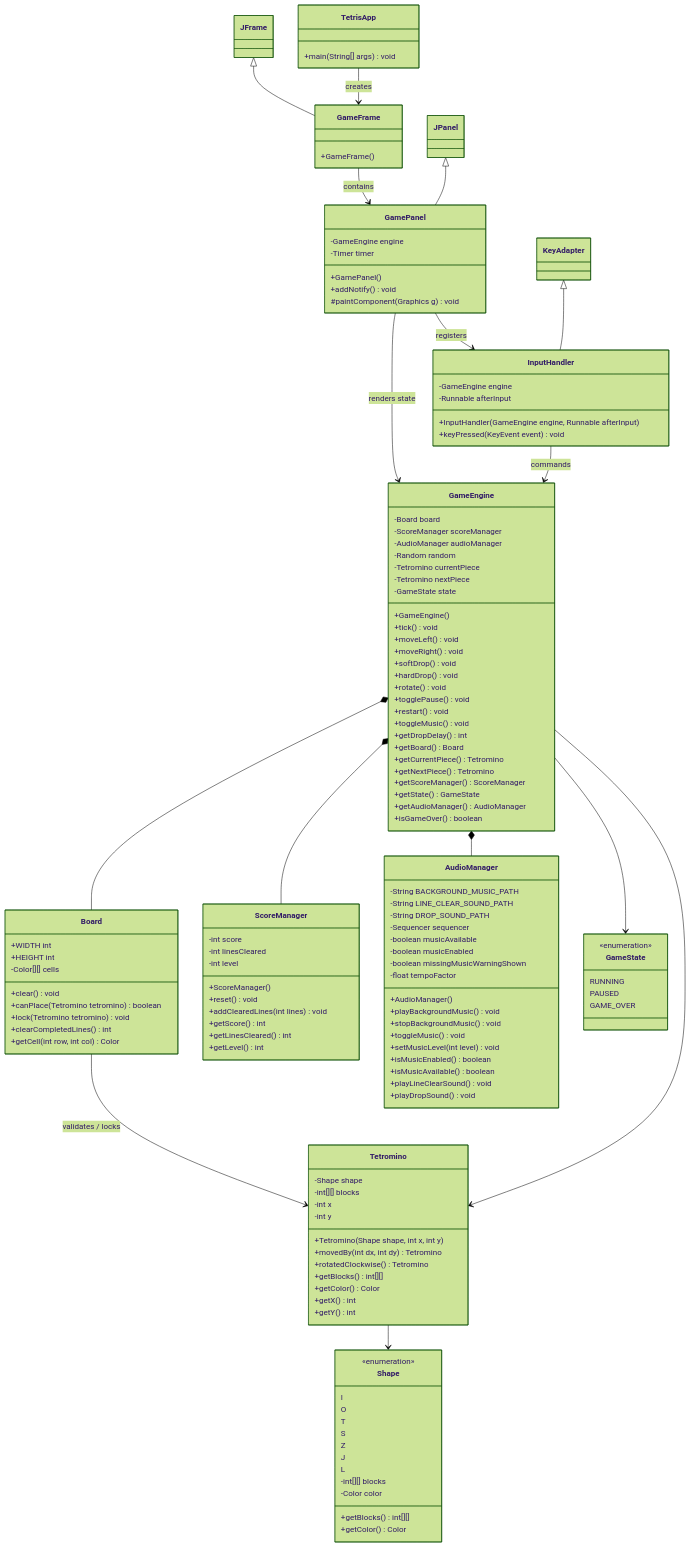
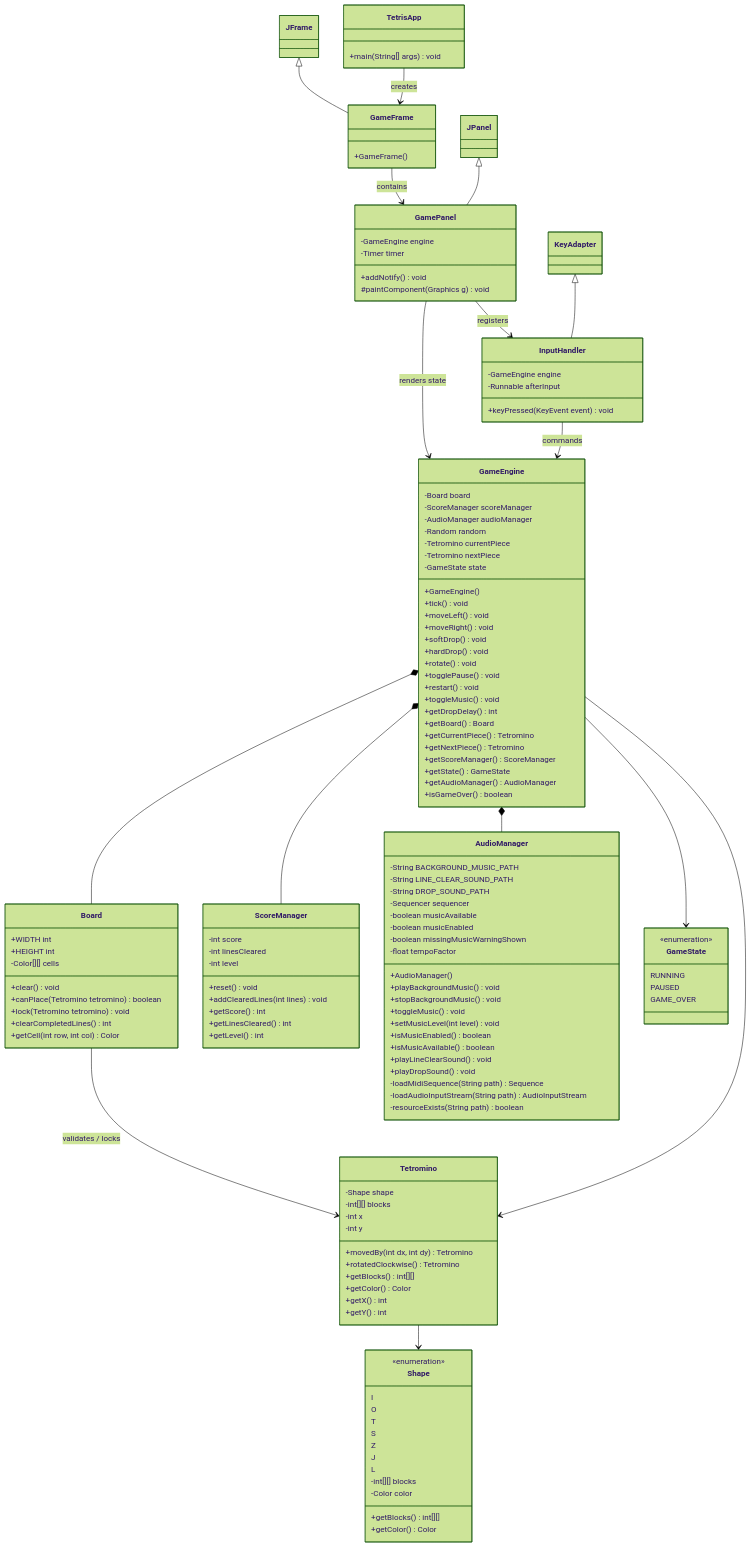
One commit to sheng-luen-chung/java-swing-tetris changed the first of 6 diagrams in docs/uml-class-design.md. Above: the diagram before and after it, drawn with Mermaid (forest theme). The commit also changed other lines of this file, not shown here.

Commit message:
更新 UML 文件至 Version 3 設計

```diff
--- a/docs/uml-class-design.md
+++ b/docs/uml-class-design.md
@@ -25,7 +17,6 @@
     class GamePanel {
         -GameEngine engine
         -Timer timer
-        +GamePanel()
         +addNotify() void
         #paintComponent(Graphics g) void
     }
@@ -33,7 +24,6 @@
     class InputHandler {
         -GameEngine engine
         -Runnable afterInput
-        +InputHandler(GameEngine engine, Runnable afterInput)
         +keyPressed(KeyEvent event) void
     }
 
@@ -83,6 +73,9 @@
         +isMusicAvailable() boolean
         +playLineClearSound() void
         +playDropSound() void
+        -loadMidiSequence(String path) Sequence
+        -loadAudioInputStream(String path) AudioInputStream
+        -resourceExists(String path) boolean
     }
 
     class Board {
@@ -101,7 +94,6 @@
         -int[][] blocks
         -int x
         -int y
-        +Tetromino(Shape shape, int x, int y)
         +movedBy(int dx, int dy) Tetromino
         +rotatedClockwise() Tetromino
         +getBlocks() int[][]
@@ -136,7 +128,6 @@
         -int score
         -int linesCleared
         -int level
-        +ScoreManager()
         +reset() void
         +addClearedLines(int lines) void
         +getScore() int
```
